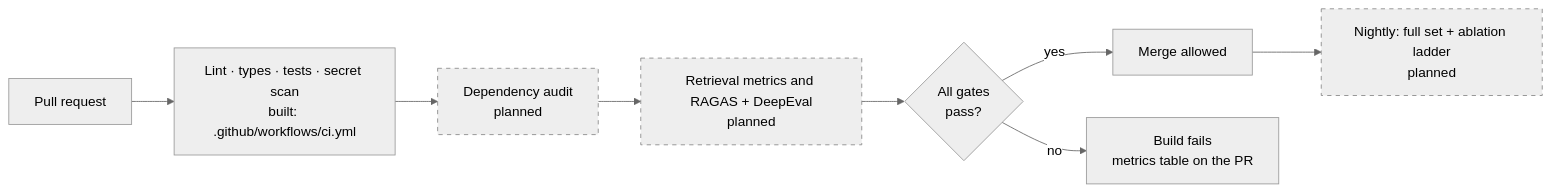
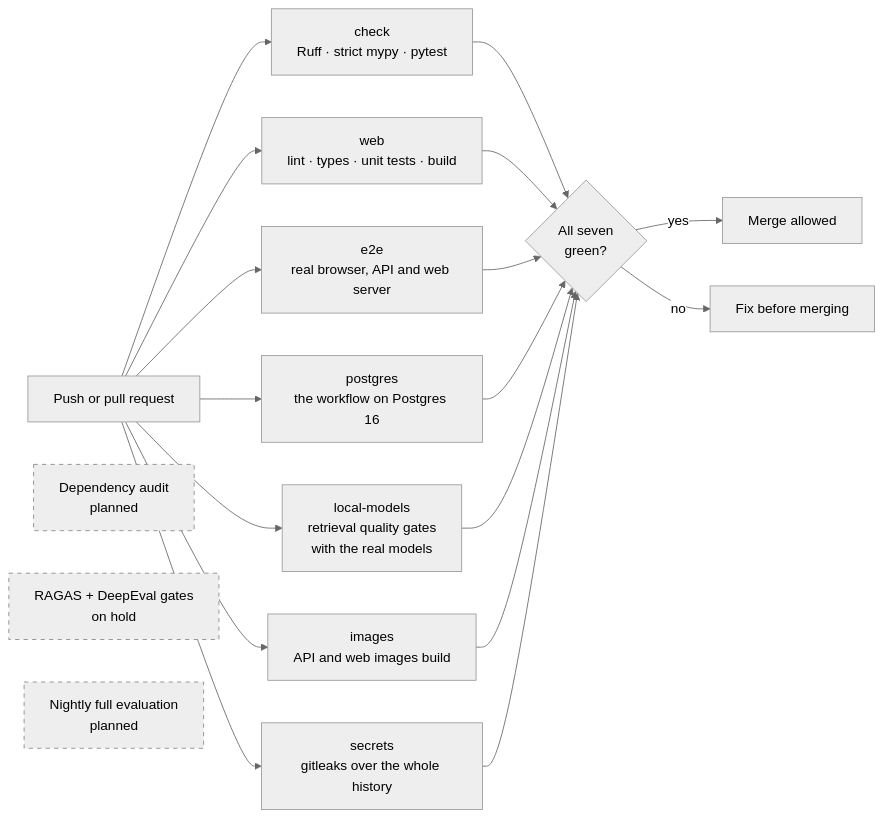
The second of 5 diagrams in README.md (Tevaalgorithms/cite-desk), drawn with Mermaid (neutral theme) before and after one commit. The commit also changed other lines of this file and 3 other files, not shown here.

First line of the commit message:
docs: bring the README and data-flow diagrams up to date with the code

````diff
--- a/README.md
+++ b/README.md
@@ -303,11 +327,18 @@
 ```mermaid
 graph LR
-    PR["Pull request"] --> S1["Lint · types · tests · secret scan<br/>built: .github/workflows/ci.yml"]
-    S1 --> S2["Dependency audit<br/>planned"]:::planned
-    S2 --> S3["Retrieval metrics and RAGAS + DeepEval<br/>planned"]:::planned
-    S3 --> G{"All gates<br/>pass?"}
-    G -- yes --> M["Merge allowed"]
-    G -- no --> F["Build fails<br/>metrics table on the PR"]
-    M --> N["Nightly: full set + ablation ladder<br/>planned"]:::planned
+    PR["Push or pull request"] --> CHECK & WEB & E2E & PG & MODELS & IMAGES & SECRETS
+    CHECK["check<br/>Ruff · strict mypy · pytest"]
+    WEB["web<br/>lint · types · unit tests · build"]
+    E2E["e2e<br/>real browser, API and web server"]
+    PG["postgres<br/>the workflow on Postgres 16"]
+    MODELS["local-models<br/>retrieval quality gates<br/>with the real models"]
+    IMAGES["images<br/>API and web images build"]
+    SECRETS["secrets<br/>gitleaks over the whole history"]
+    CHECK & WEB & E2E & PG & MODELS & IMAGES & SECRETS --> GATE{"All seven<br/>green?"}
+    GATE -- yes --> MERGE["Merge allowed"]
+    GATE -- no --> FIX["Fix before merging"]
+    DEP["Dependency audit<br/>planned"]:::planned
+    JUDGE["RAGAS + DeepEval gates<br/>on hold"]:::planned
+    NIGHT["Nightly full evaluation<br/>planned"]:::planned
     classDef planned stroke-dasharray: 5 5,stroke:#888
 ```
````
